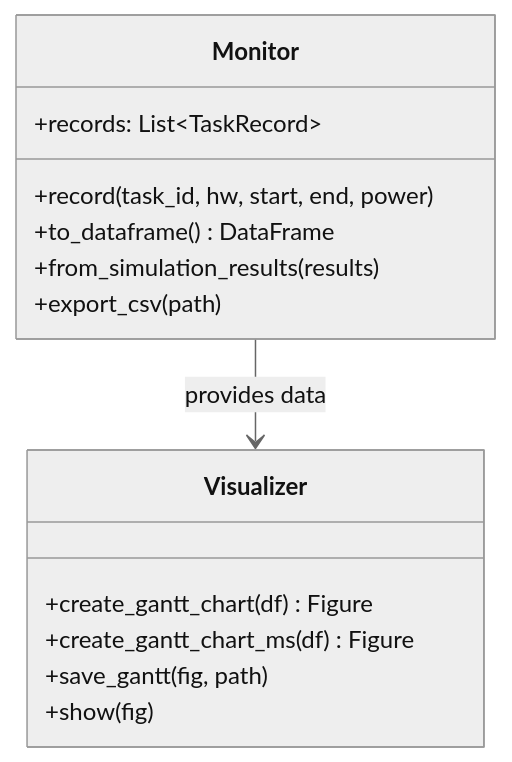
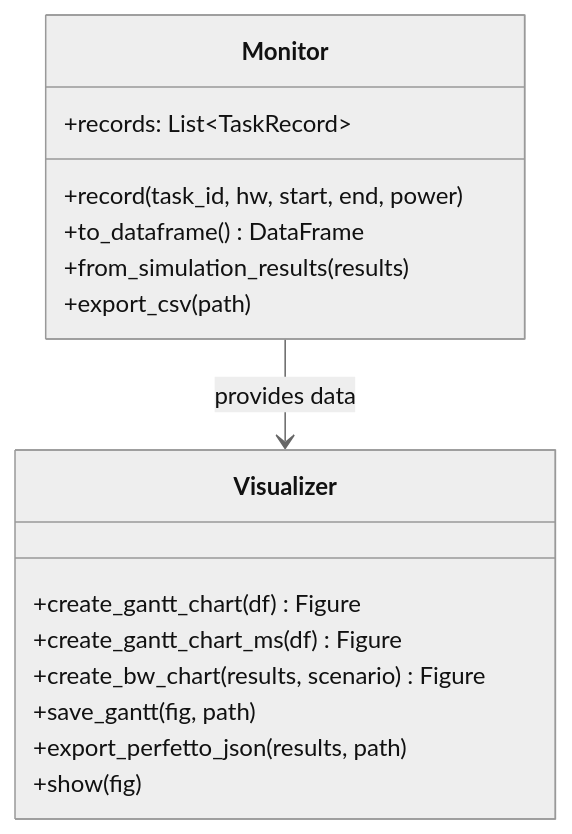
The ninth of 9 diagrams in DESIGN.md (younghwan78/IP_Scenario_Simulator), drawn with Mermaid (neutral theme) before and after one commit. The commit also changed other lines of this file and 13 other files, not shown here.

First line of the commit message:
feat: CSV-based HW config, DVFS resolution, output reorganization, BW chart, multi-level views

````diff
--- a/DESIGN.md
+++ b/DESIGN.md
@@ -498,19 +499,21 @@
 ```mermaid
 classDiagram
     class Monitor {
         +records: List~TaskRecord~
         +record(task_id, hw, start, end, power)
         +to_dataframe() DataFrame
         +from_simulation_results(results)
         +export_csv(path)
     }
 
     class Visualizer {
         +create_gantt_chart(df) Figure
         +create_gantt_chart_ms(df) Figure
+        +create_bw_chart(results, scenario) Figure
         +save_gantt(fig, path)
+        +export_perfetto_json(results, path)
         +show(fig)
     }
 
     Monitor --> Visualizer : provides data
 ```
````
